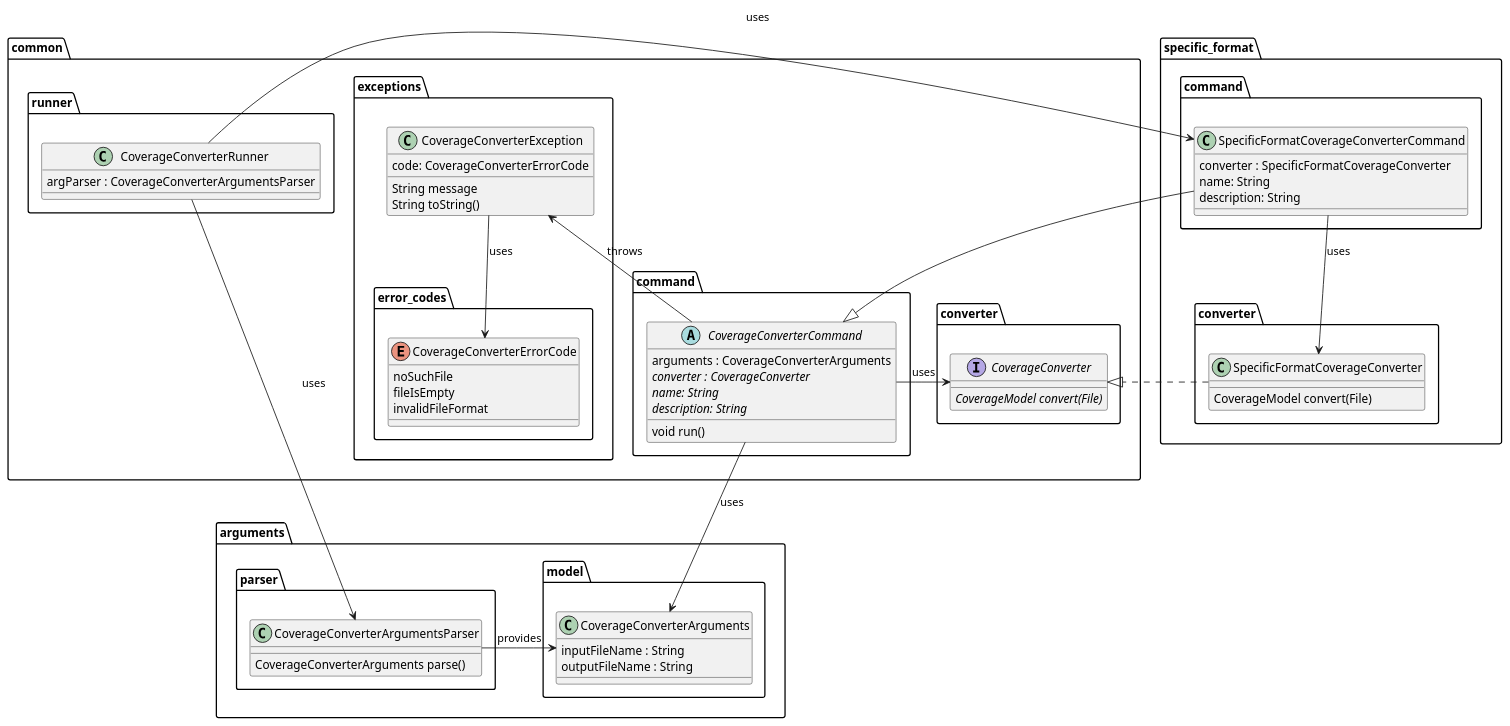
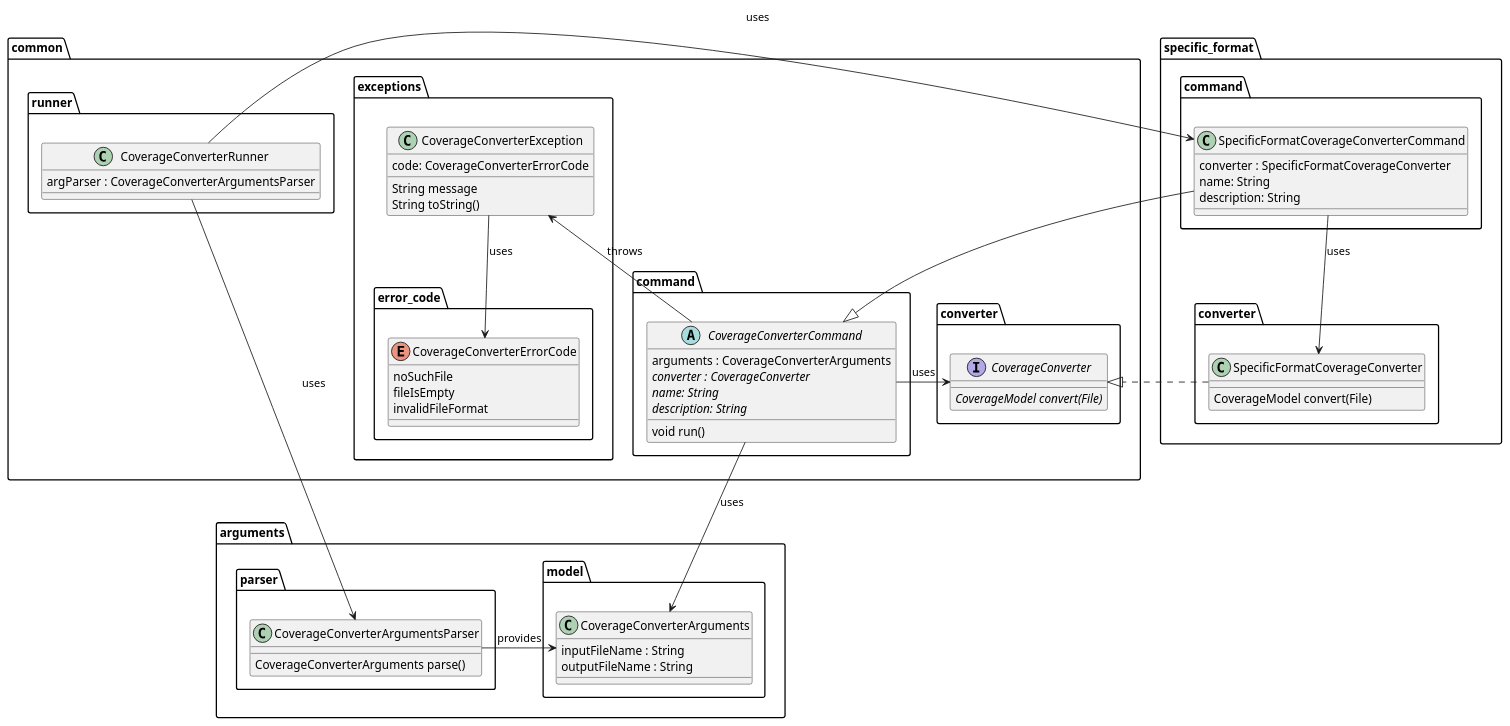
One commit to Flank/flank-dashboard changed the diagram in metrics/coverage_converter/docs/diagrams/coverage_class_diagram.puml. Above: the diagram before and after it, drawn with PlantUML. The commit also changed 1 other file, not shown here.

Commit message:
Add missing diagram

```diff
--- a/metrics/coverage_converter/docs/diagrams/coverage_class_diagram.puml
+++ b/metrics/coverage_converter/docs/diagrams/coverage_class_diagram.puml
@@ -1,95 +1,95 @@
 @startuml coverage_class_diagram
 
 package arguments {
     package model {
         class CoverageConverterArguments {
             inputFileName : String
             outputFileName : String
         }
     }
 
     package parser {
         class CoverageConverterArgumentsParser {
             CoverageConverterArguments parse()
         }
     }
 }
 
 package common {
     package command {
         abstract CoverageConverterCommand {
             arguments : CoverageConverterArguments
             {abstract} converter : CoverageConverter
             {abstract} name: String
             {abstract} description: String
             void run()
         }
     }
 
     package converter {
         interface CoverageConverter {
             {abstract} CoverageModel convert(File)
         }
     }
 
 
     package runner {
         class CoverageConverterRunner {
             argParser : CoverageConverterArgumentsParser
         }
     }
 
     package exceptions {
         class CoverageConverterException{
             code: CoverageConverterErrorCode
             {method} String message
             String toString()
         }
 
 
-        package error_codes {
+        package error_code {
             enum CoverageConverterErrorCode {
                 noSuchFile
                 fileIsEmpty
                 invalidFileFormat
             }
         }
     }
 }
 
 package specific_format {
     package converter as specific_format.converter {
         class SpecificFormatCoverageConverter {
             CoverageModel convert(File)
         }
     }
 
     package command as specific_format.command {
         class SpecificFormatCoverageConverterCommand {
             converter : SpecificFormatCoverageConverter
             name: String
             description: String
         }
     }
 }
 
 
 CoverageConverterRunner -right-> SpecificFormatCoverageConverterCommand : uses
 CoverageConverterRunner --> CoverageConverterArgumentsParser : uses
 
 CoverageConverterArgumentsParser -left-> CoverageConverterArguments : provides
 
 SpecificFormatCoverageConverterCommand --> SpecificFormatCoverageConverter : uses
 SpecificFormatCoverageConverterCommand --|> CoverageConverterCommand
 
 SpecificFormatCoverageConverter .down.|> CoverageConverter
 
 CoverageConverterCommand --> CoverageConverterArguments : uses
 CoverageConverterCommand -left-> CoverageConverter : uses
 CoverageConverterCommand -up-> CoverageConverterException : throws
 
 CoverageConverterException --> CoverageConverterErrorCode : uses
 
 
 
 @enduml
```
